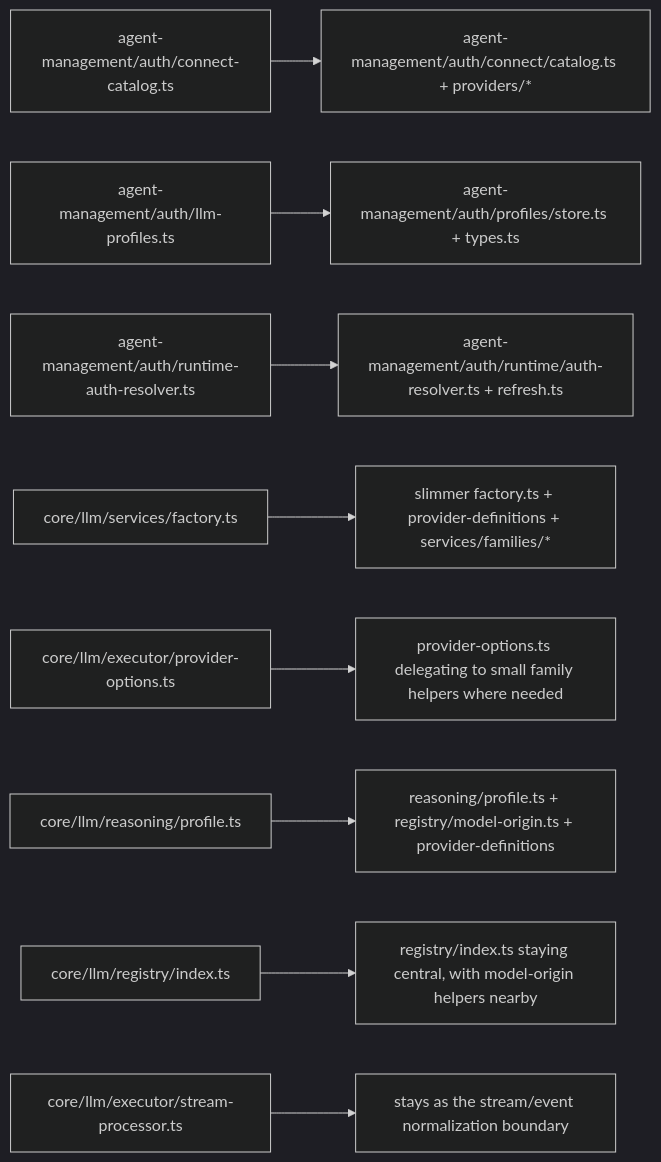
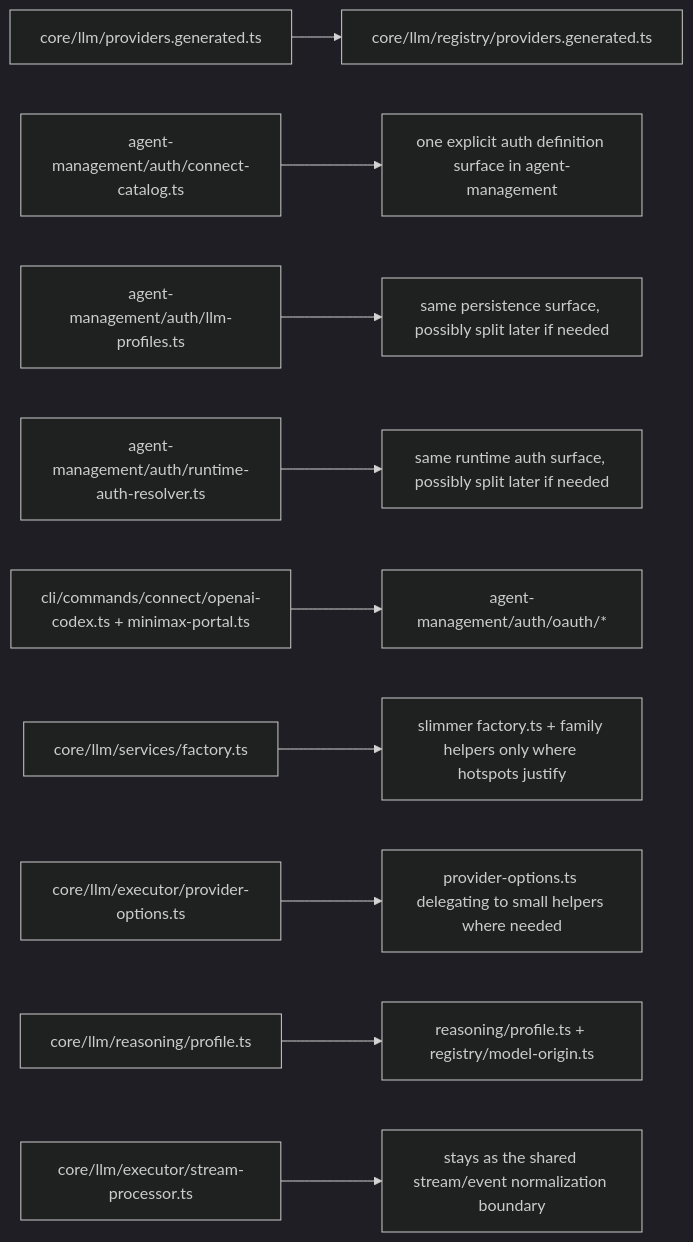
The third of 4 diagrams in feature-plans/oauth-and-more-providers/v2/PROPOSED_MODULE_TREE.md (truffle-ai/dexto), drawn with Mermaid (dark theme) before and after one commit. The commit also changed other lines of this file and 2 other files, not shown here.

````diff
--- a/feature-plans/oauth-and-more-providers/v2/PROPOSED_MODULE_TREE.md
+++ b/feature-plans/oauth-and-more-providers/v2/PROPOSED_MODULE_TREE.md
@@ -359,12 +420,15 @@
 ```mermaid
 flowchart LR
-    A["agent-management/auth/connect-catalog.ts"] --> A2["agent-management/auth/connect/catalog.ts + providers/*"]
-    B["agent-management/auth/llm-profiles.ts"] --> B2["agent-management/auth/profiles/store.ts + types.ts"]
-    C["agent-management/auth/runtime-auth-resolver.ts"] --> C2["agent-management/auth/runtime/auth-resolver.ts + refresh.ts"]
+    A["core/llm/providers.generated.ts"] --> A2["core/llm/registry/providers.generated.ts"]
 
-    D["core/llm/services/factory.ts"] --> D2["slimmer factory.ts + provider-definitions + services/families/*"]
-    E["core/llm/executor/provider-options.ts"] --> E2["provider-options.ts delegating to small family helpers where needed"]
-    F["core/llm/reasoning/profile.ts"] --> F2["reasoning/profile.ts + registry/model-origin.ts + provider-definitions"]
-    G["core/llm/registry/index.ts"] --> G2["registry/index.ts staying central, with model-origin helpers nearby"]
-    H["core/llm/executor/stream-processor.ts"] --> H2["stays as the stream/event normalization boundary"]
+    B["agent-management/auth/connect-catalog.ts"] --> B2["one explicit auth definition surface in agent-management"]
+    C["agent-management/auth/llm-profiles.ts"] --> C2["same persistence surface, possibly split later if needed"]
+    D["agent-management/auth/runtime-auth-resolver.ts"] --> D2["same runtime auth surface, possibly split later if needed"]
+
+    E["cli/commands/connect/openai-codex.ts + minimax-portal.ts"] --> E2["agent-management/auth/oauth/*"]
+
+    F["core/llm/services/factory.ts"] --> F2["slimmer factory.ts + family helpers only where hotspots justify"]
+    G["core/llm/executor/provider-options.ts"] --> G2["provider-options.ts delegating to small helpers where needed"]
+    H["core/llm/reasoning/profile.ts"] --> H2["reasoning/profile.ts + registry/model-origin.ts"]
+    I["core/llm/executor/stream-processor.ts"] --> I2["stays as the shared stream/event normalization boundary"]
 ```
````
